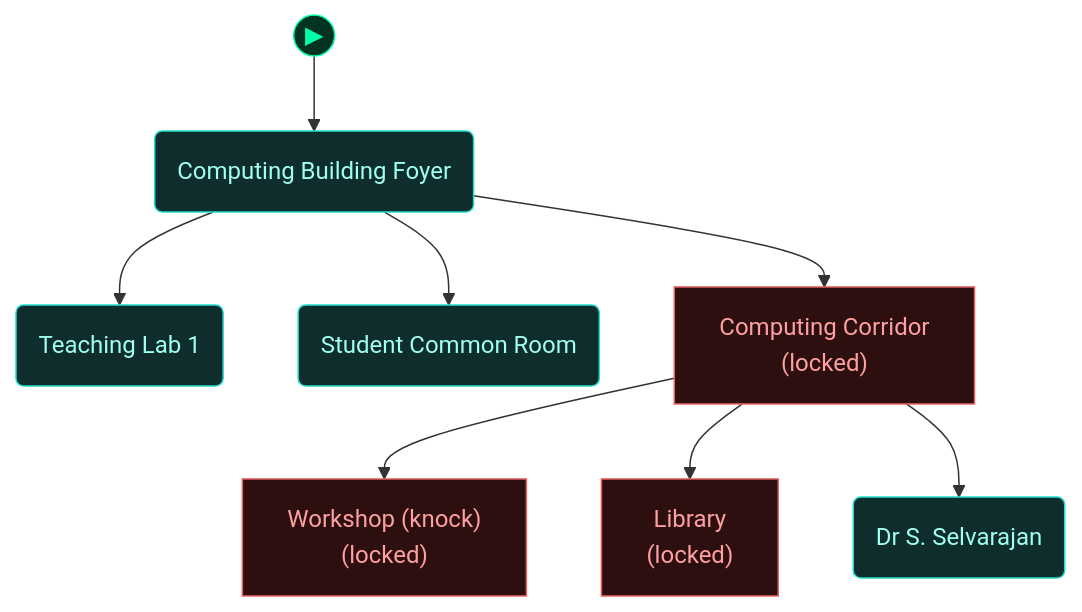
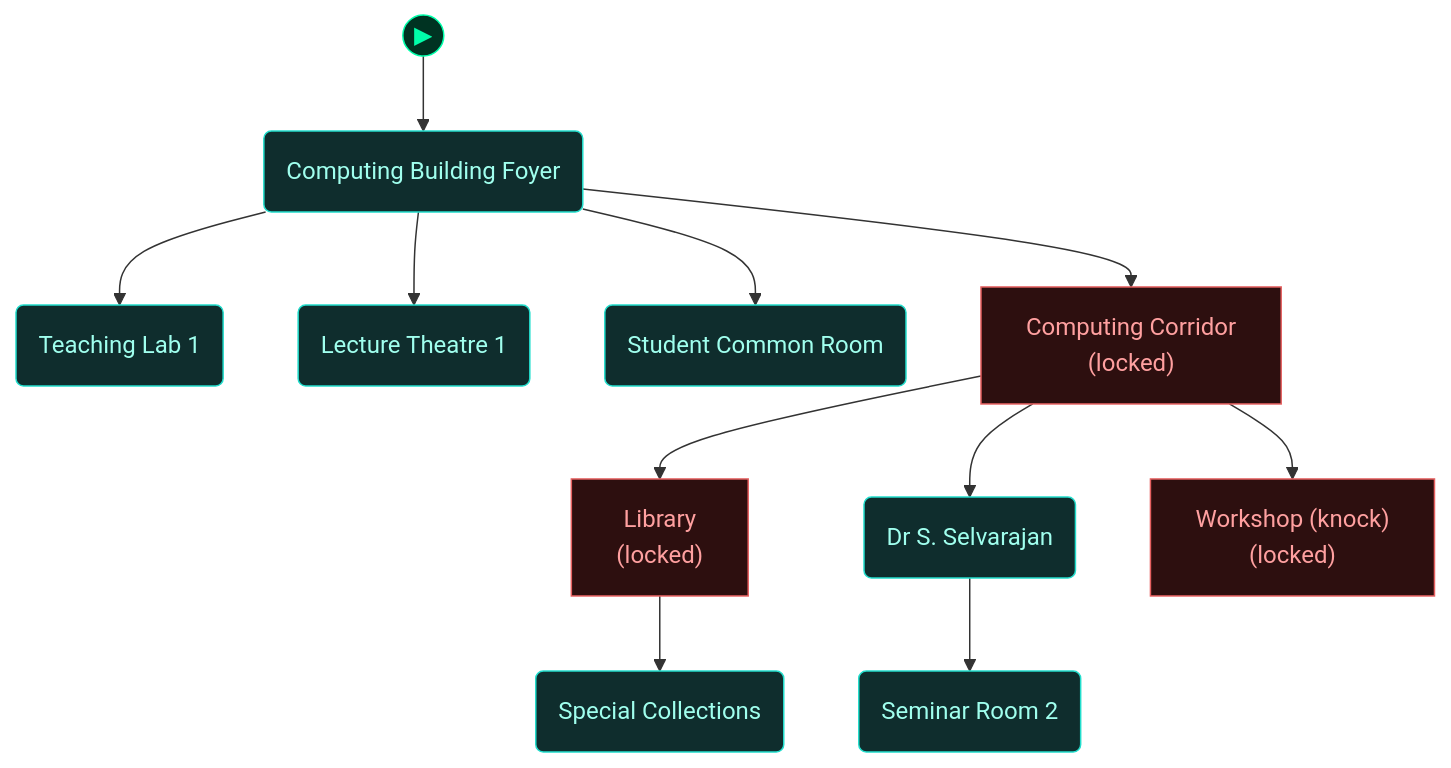
The fourth of 5 diagrams in scenarios/lab_tesseract_trials/dungeon_graph.md (cliffe/BreakEscape), drawn with Mermaid before and after one commit. The commit also changed other lines of this file and 37 other files, not shown here.

First line of the commit message:
Keyholder Trials: rooms phase 2 - ten-room university graph

````diff
--- a/scenarios/lab_tesseract_trials/dungeon_graph.md
+++ b/scenarios/lab_tesseract_trials/dungeon_graph.md
@@ -354,40 +364,46 @@
 ```mermaid
 flowchart TD
 
   classDef room      fill:#0f2d2d,stroke:#22ddcc,color:#a0ffee
   classDef lock      fill:#2d0f0f,stroke:#e66060,color:#ffa0a0
   classDef key       fill:#2d0812,stroke:#e66060,color:#ffa0a0
   classDef item      fill:#2d1200,stroke:#e89030,color:#ffcc80
   classDef gate      fill:#111,stroke:#666,color:#eee
   classDef vm        fill:#0c1f40,stroke:#4a90d9,color:#a0c8ff
   classDef flag      fill:#1a0c2d,stroke:#9060d0,color:#cc99ff
   classDef action    fill:#1a1200,stroke:#cc9922,color:#ffee88
   classDef aim       fill:#0d2a0d,stroke:#44cc44,color:#88ff88
   classDef aim_gate  fill:#111111,stroke:#44cc44,color:#44cc44
   classDef container fill:#1a2d1a,stroke:#60b060,color:#a0e0a0
   classDef npc       fill:#2d1f0d,stroke:#d0a050,color:#ffe0a0
   classDef critical  fill:#2a1500,stroke:#ffaa00,color:#ffdd88
   classDef start     fill:#003322,stroke:#00ffaa,color:#00ffaa
 
   node_start(("▶"))
   node_start --> foyer
 
   foyer("Computing Building Foyer")
   teaching_lab("Teaching Lab 1")
+  lecture_theatre("Lecture Theatre 1")
   common_room("Student Common Room")
   corridor["Computing Corridor<br/>(locked)"]
   library["Library<br/>(locked)"]
+  special_collections("Special Collections")
   sidhu_office("Dr S. Selvarajan")
+  seminar_room("Seminar Room 2")
   workshop["Workshop (knock)<br/>(locked)"]
 
   foyer --> corridor
   foyer --> teaching_lab
   foyer --> common_room
+  foyer --> lecture_theatre
   corridor --> workshop
   corridor --> library
   corridor --> sidhu_office
+  library --> special_collections
+  sidhu_office --> seminar_room
 
-  class foyer,teaching_lab,common_room,sidhu_office room
+  class foyer,teaching_lab,lecture_theatre,common_room,special_collections,sidhu_office,seminar_room room
   class corridor,library,workshop lock
   class node_start start
 ```
````
